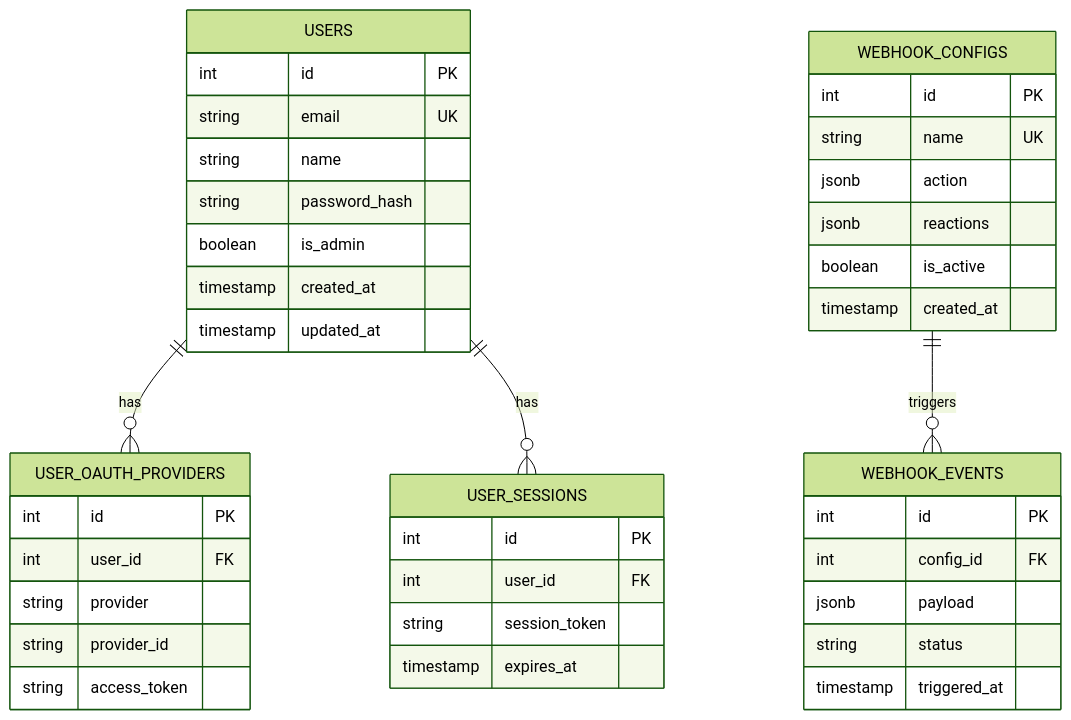
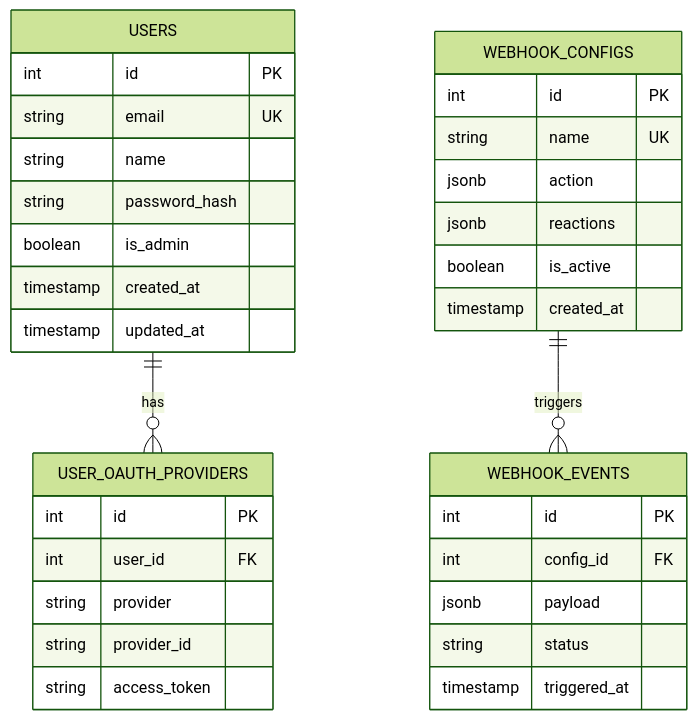
The third of 8 diagrams in documentation/area-documentation/docs/building.md (cafe-sur-cour/AREA), drawn with Mermaid (forest theme) before and after one commit. The commit also changed other lines of this file and 6 other files, not shown here.

````diff
--- a/documentation/area-documentation/docs/building.md
+++ b/documentation/area-documentation/docs/building.md
@@ -134,48 +134,40 @@
 ```mermaid
 erDiagram
     USERS {
         int id PK
         string email UK
         string name
         string password_hash
         boolean is_admin
         timestamp created_at
         timestamp updated_at
     }
-    
+
     USER_OAUTH_PROVIDERS {
         int id PK
         int user_id FK
         string provider
         string provider_id
         string access_token
     }
-    
+
     WEBHOOK_CONFIGS {
         int id PK
         string name UK
         jsonb action
         jsonb reactions
         boolean is_active
         timestamp created_at
     }
-    
+
     WEBHOOK_EVENTS {
         int id PK
         int config_id FK
         jsonb payload
         string status
         timestamp triggered_at
     }
-    
-    USER_SESSIONS {
-        int id PK
-        int user_id FK
-        string session_token
-        timestamp expires_at
-    }
-    
+
     USERS ||--o{ USER_OAUTH_PROVIDERS : "has"
-    USERS ||--o{ USER_SESSIONS : "has"
     WEBHOOK_CONFIGS ||--o{ WEBHOOK_EVENTS : "triggers"
 ```
````
